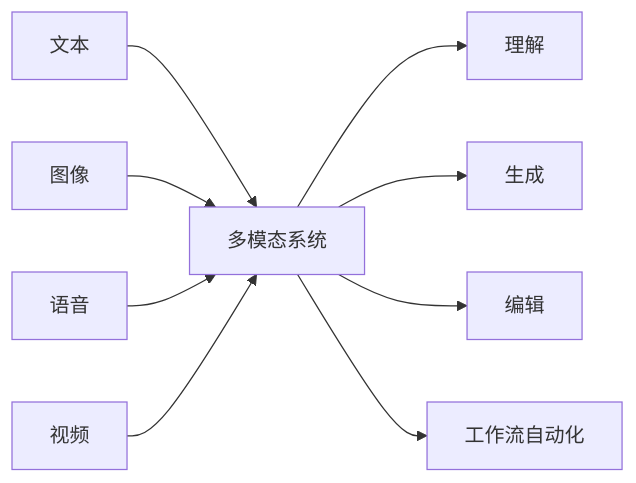
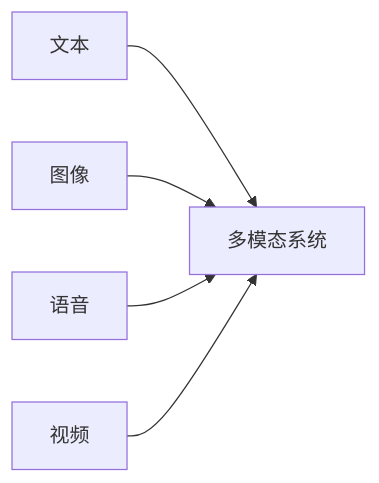
Before and after one commit to oudbiao/AI-fullstack-course: the second of 5 diagrams in docs/stage10/index.md, drawn with Mermaid. The commit also changed other lines of this file and 139 other files, not shown here.

````diff
--- a/docs/stage10/index.md
+++ b/docs/stage10/index.md
@@ -57,11 +57,7 @@
 ```mermaid
 flowchart LR
   A[文本] --> E[多模态系统]
   B[图像] --> E
   C[语音] --> E
   D[视频] --> E
-  E --> F[理解]
-  E --> G[生成]
-  E --> H[编辑]
-  E --> I[工作流自动化]
 ```
````
